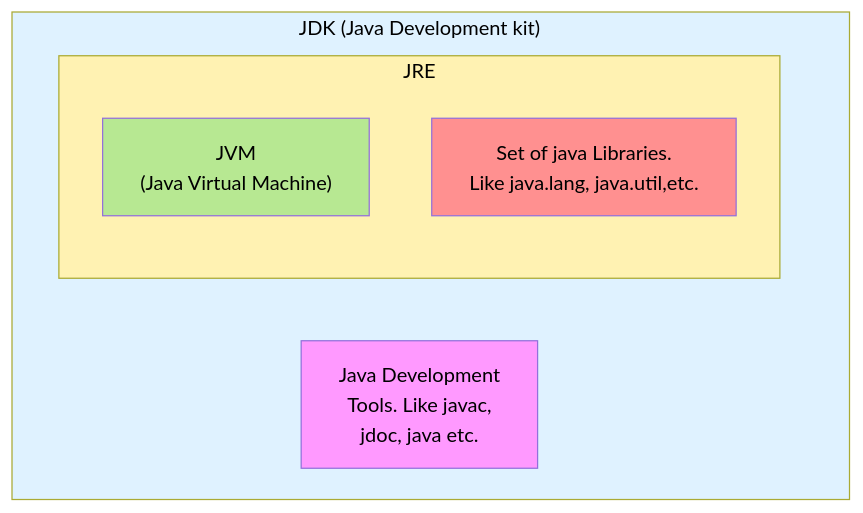
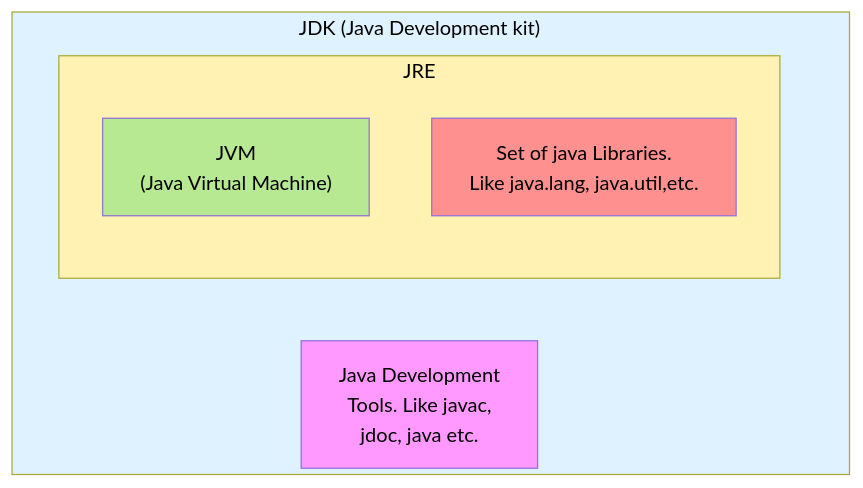
The diagram in Notes/Basics.md (f-ei8ht/java-lang), drawn with Mermaid before and after one commit.

Commit message:
mermaid diagram for jdk

````diff
--- a/Notes/Basics.md
+++ b/Notes/Basics.md
@@ -6,20 +6,20 @@
 ```mermaid
 graph TD
     subgraph JDK["JDK (Java Development kit)"]
         A[Java Development 
         Tools. Like javac, 
         jdoc, java etc.]
         subgraph JRE["JRE"]
             B["JVM
             (Java Virtual Machine)"]
             C[Set of java Libraries. 
             Like java.lang, java.util,etc.]
         
         style A fill:#f9f,color:#000
         style JRE fill:#fff2b2,color:#000
         style B fill:#b7e892,color:#000
         style C fill:#ff9090,color:#000
         end
-        style JDK fill:#dff2ff,color:#000,width:670px,height:390px
+        style JDK fill:#dff2ff,color:#000,width:670px,height:370px
     end
 ```
````
